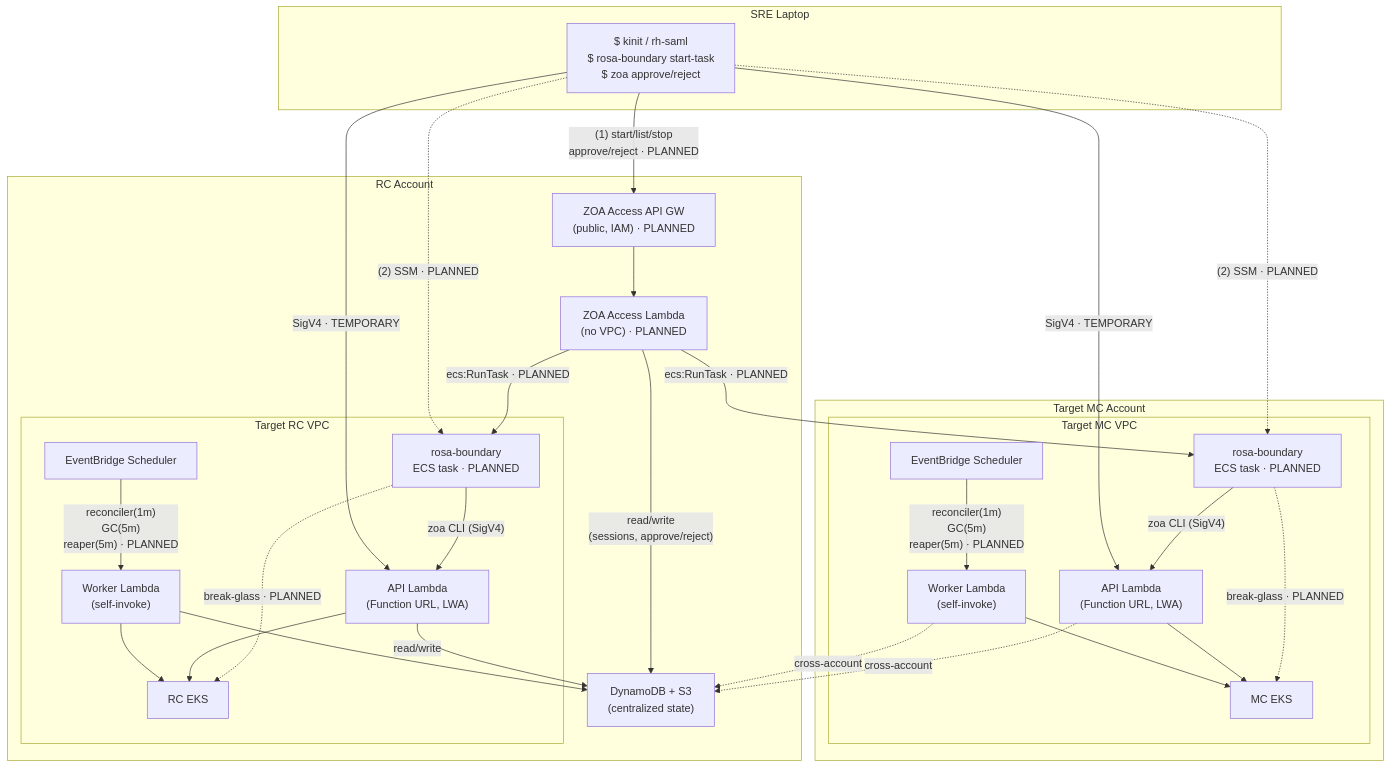
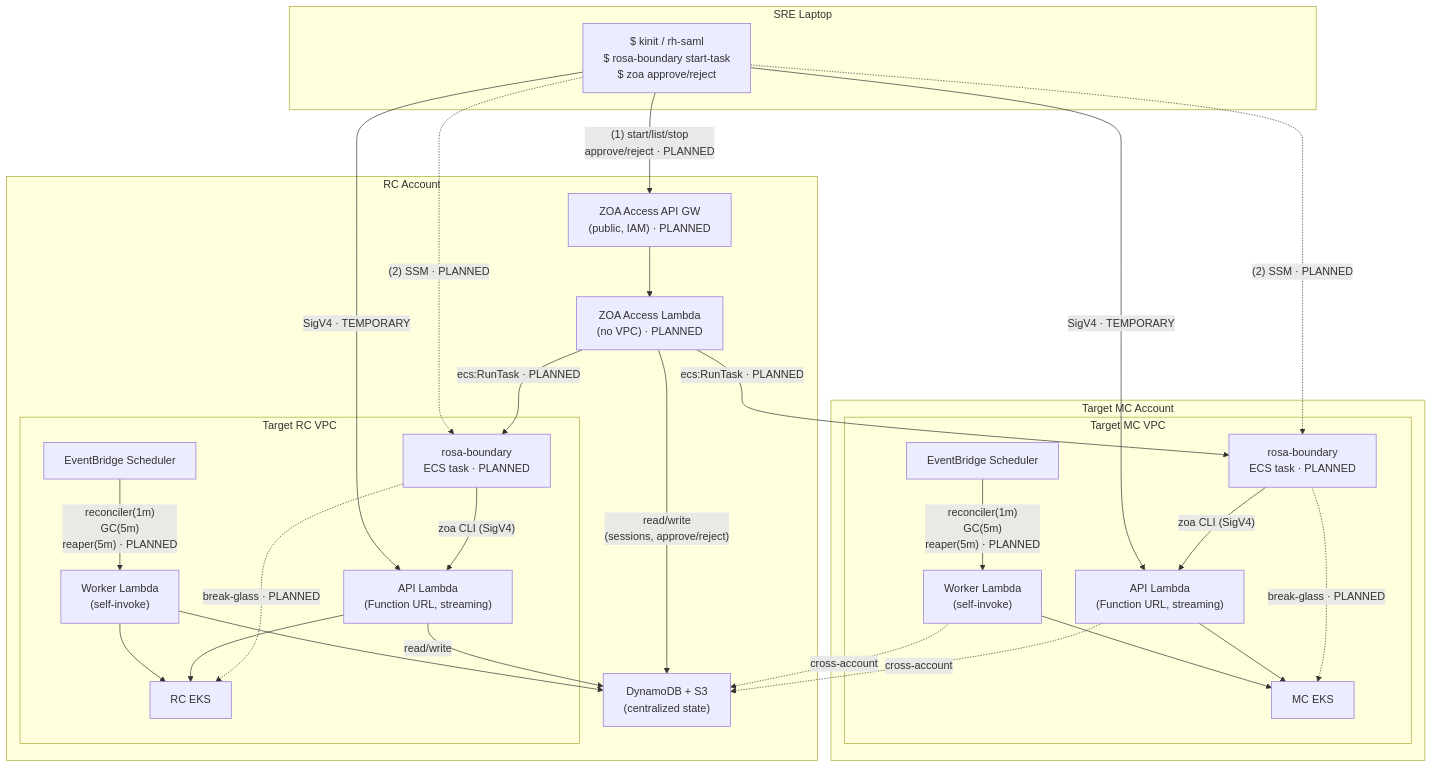
The diagram in README.md (MitaliBhalla/rosa-hyperfleet-zoa), drawn with Mermaid before and after one commit. The commit also changed other lines of this file and 9 other files, not shown here.

First line of the commit message:
ROSAENG-65230 | feat: replace Lambda Web Adapter with native Go streaming

````diff
--- a/README.md
+++ b/README.md
@@ -74,68 +74,68 @@
 ```mermaid
 graph TD
     subgraph laptop["SRE Laptop"]
         L["$ kinit / rh-saml<br/>$ rosa-boundary start-task<br/>$ zoa approve/reject"]
     end
 
     subgraph rc["RC Account"]
         AGW["ZOA Access API GW<br/>(public, IAM) · PLANNED"]
         AL["ZOA Access Lambda<br/>(no VPC) · PLANNED"]
         DDB["DynamoDB + S3<br/>(centralized state)"]
         subgraph rc_vpc["Target RC VPC"]
             BOUNDARY_RC["rosa-boundary<br/>ECS task · PLANNED"]
             EB_RC["EventBridge Scheduler"]
-            API_RC["API Lambda<br/>(Function URL, LWA)"]
+            API_RC["API Lambda<br/>(Function URL, streaming)"]
             WORKER_RC["Worker Lambda<br/>(self-invoke)"]
             EKS_RC["RC EKS"]
         end
     end
 
     subgraph mc["Target MC Account"]
         subgraph mc_vpc["Target MC VPC"]
             BOUNDARY_MC["rosa-boundary<br/>ECS task · PLANNED"]
             EB_MC["EventBridge Scheduler"]
-            API_MC["API Lambda<br/>(Function URL, LWA)"]
+            API_MC["API Lambda<br/>(Function URL, streaming)"]
             WORKER_MC["Worker Lambda<br/>(self-invoke)"]
             EKS_MC["MC EKS"]
         end
     end
 
     %% ZOA Access (PLANNED): session mgmt + approvals
     L -->|"(1) start/list/stop<br/>approve/reject · PLANNED"| AGW
     AGW --> AL
     AL -->|"read/write<br/>(sessions, approve/reject)"| DDB
     AL -->|"ecs:RunTask · PLANNED"| BOUNDARY_RC
     AL -->|"ecs:RunTask · PLANNED"| BOUNDARY_MC
 
     %% SRE connects to container via SSM (PLANNED)
     L -.->|"(2) SSM · PLANNED"| BOUNDARY_RC
     L -.->|"(2) SSM · PLANNED"| BOUNDARY_MC
 
     %% rosa-boundary calls local API Lambda (PLANNED)
     BOUNDARY_RC -->|"zoa CLI (SigV4)"| API_RC
     BOUNDARY_MC -->|"zoa CLI (SigV4)"| API_MC
 
     %% Break-glass: direct kubectl from container (PLANNED)
     BOUNDARY_RC -.->|"break-glass · PLANNED"| EKS_RC
     BOUNDARY_MC -.->|"break-glass · PLANNED"| EKS_MC
 
     %% Today: CLI calls Function URL directly (TEMPORARY)
     L -->|"SigV4 · TEMPORARY"| API_RC
     L -->|"SigV4 · TEMPORARY"| API_MC
 
     %% EventBridge → Workers
     EB_RC -->|"reconciler(1m)<br/>GC(5m)<br/>reaper(5m) · PLANNED"| WORKER_RC
     EB_MC -->|"reconciler(1m)<br/>GC(5m)<br/>reaper(5m) · PLANNED"| WORKER_MC
 
     %% Lambdas → EKS
     API_RC --> EKS_RC
     WORKER_RC --> EKS_RC
     API_MC --> EKS_MC
     WORKER_MC --> EKS_MC
 
     %% Data access
     API_RC -->|"read/write"| DDB
     WORKER_RC --> DDB
     API_MC -.->|"cross-account"| DDB
     WORKER_MC -.->|"cross-account"| DDB
 ```
````
